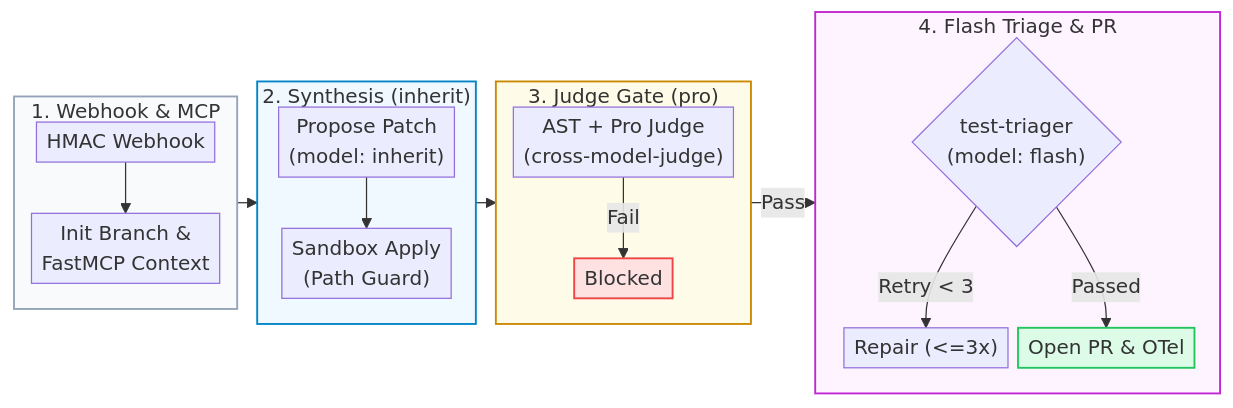
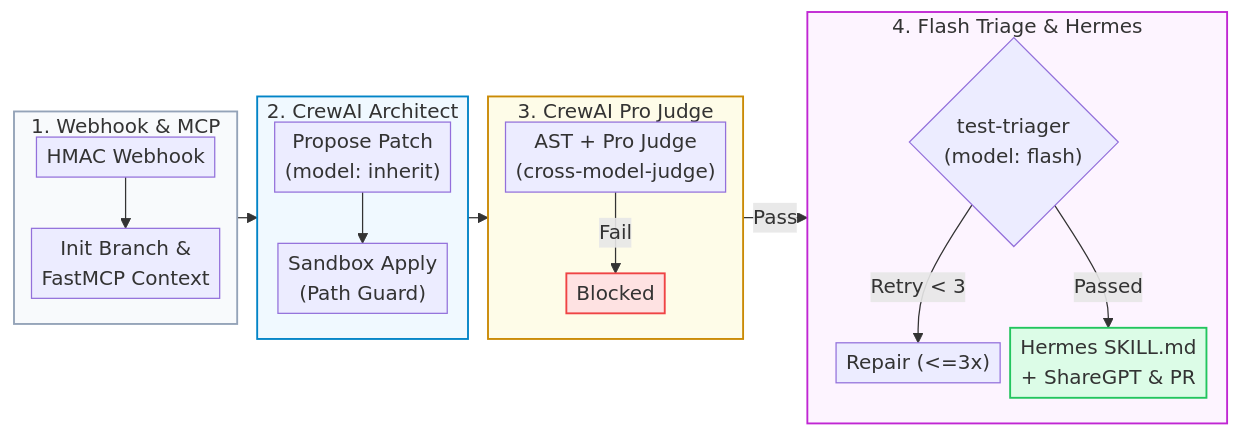
Before and after one commit to Kenono2000/enterprise-rag-pgvector-rbac: the sixth of 7 diagrams in README.md, drawn with Mermaid. The commit also changed other lines of this file and 5 other files, not shown here.

First line of the commit message:
feat: Enhance SDLC workflow with CrewAI orchestration and Hermes skill synthesis

````diff
--- a/README.md
+++ b/README.md
@@ -151,28 +151,28 @@
 ```mermaid
 %%{init: {'flowchart': {'nodeSpacing': 8, 'rankSpacing': 16, 'padding': 4}}}%%
 flowchart LR
     subgraph Intake ["1. Webhook & MCP"]
         direction TB
         Hook["HMAC Webhook"] --> Init["Init Branch &<br/>FastMCP Context"]
     end
-    subgraph Gen ["2. Synthesis (inherit)"]
+    subgraph Gen ["2. CrewAI Architect"]
         direction TB
         Propose["Propose Patch<br/>(model: inherit)"] --> Apply["Sandbox Apply<br/>(Path Guard)"]
     end
-    subgraph Audit ["3. Judge Gate (pro)"]
+    subgraph Audit ["3. CrewAI Pro Judge"]
         direction TB
         Inspect["AST + Pro Judge<br/>(cross-model-judge)"] -->|Fail| Reject["Blocked"]
     end
-    subgraph Verify ["4. Flash Triage & PR"]
+    subgraph Verify ["4. Flash Triage & Hermes"]
         direction TB
         Test{"test-triager<br/>(model: flash)"} -->|Retry < 3| Repair["Repair (<=3x)"]
-        Test -->|Passed| PR["Open PR & OTel"]
+        Test -->|Passed| Hermes["Hermes SKILL.md<br/>+ ShareGPT & PR"]
     end
     Intake --> Gen --> Audit -->|Pass| Verify
     style Intake fill:#f8fafc,stroke:#94a3b8,stroke-width:1.5px
     style Gen fill:#f0f9ff,stroke:#0284c7,stroke-width:1.5px
     style Audit fill:#fefce8,stroke:#ca8a04,stroke-width:1.5px
     style Verify fill:#fdf4ff,stroke:#c026d3,stroke-width:1.5px
     style Reject fill:#fee2e2,stroke:#ef4444,stroke-width:1.5px
-    style PR fill:#dcfce7,stroke:#22c55e,stroke-width:1.5px
+    style Hermes fill:#dcfce7,stroke:#22c55e,stroke-width:1.5px
 ```
````
